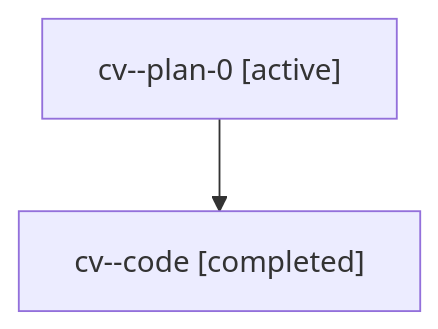
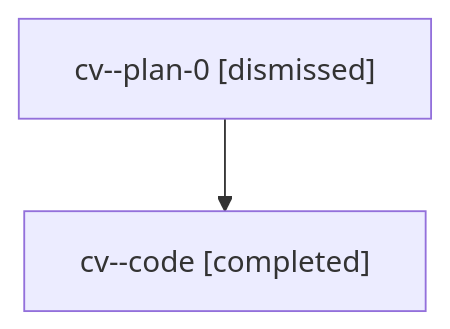
One commit to sase-org/sase--agents changed the diagram in sessions/bbugyi200.athena.cv.md. Above: the diagram before and after it, drawn with Mermaid. The commit also changed other lines of this file and 35 other files, not shown here.

````diff
--- a/sessions/bbugyi200.athena.cv.md
+++ b/sessions/bbugyi200.athena.cv.md
@@ -9,6 +9,6 @@
 ```mermaid
 flowchart TD
-  n0["cv--plan-0 [active]"]
+  n0["cv--plan-0 [dismissed]"]
   n1["cv--code [completed]"]
   n0 --> n1
 ```
````
